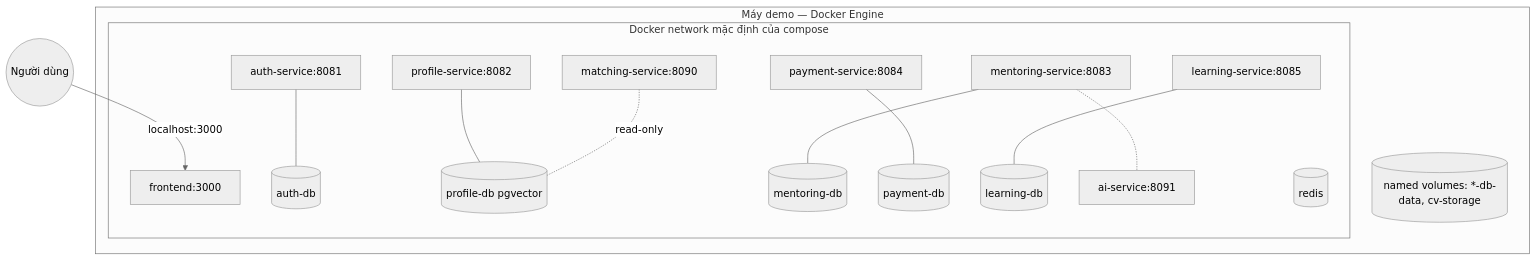
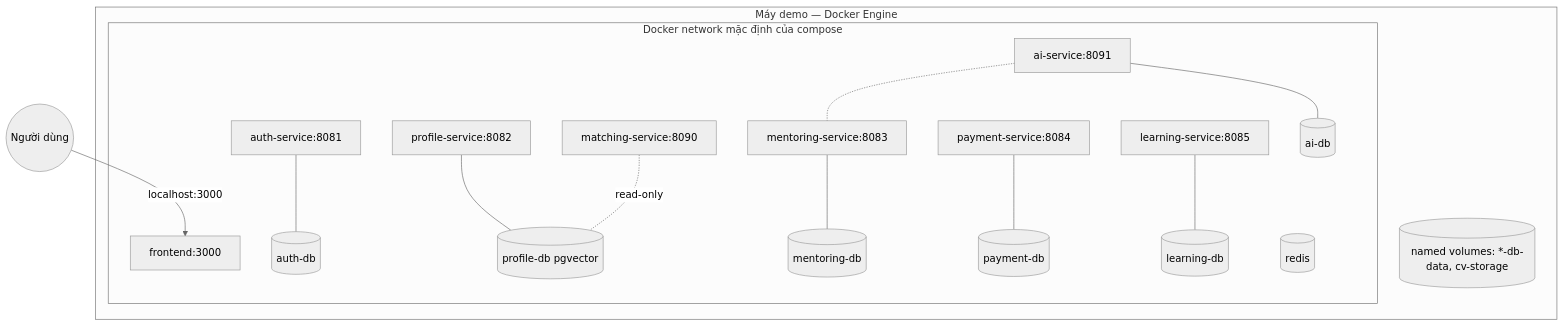
The fourth of 4 diagrams in docs/architecture.md (quangpham10212004/do_an_2026), drawn with Mermaid (neutral theme) before and after one commit. The commit also changed other lines of this file and 84 other files, not shown here.

````diff
--- a/docs/architecture.md
+++ b/docs/architecture.md
@@ -242,19 +254,19 @@
 ```mermaid
 flowchart TB
     subgraph Host[Máy demo — Docker Engine]
       subgraph net[Docker network mặc định của compose]
         fe[frontend:3000]
         a[auth-service:8081] --- adb[(auth-db)]
         p[profile-service:8082] --- pdb[(profile-db pgvector)]
         m[mentoring-service:8083] --- mdb[(mentoring-db)]
         pay[payment-service:8084] --- paydb[(payment-db)]
         l[learning-service:8085] --- ldb[(learning-db)]
         mt[matching-service:8090] -.read-only.- pdb
-        ai[ai-service:8091]
-        m -.- ai
+        ai[ai-service:8091] --- aidb[(ai-db)]
+        ai -.- m
         r[(redis)]
       end
       vols[(named volumes: *-db-data, cv-storage)]
     end
     user((Người dùng)) -->|localhost:3000| fe
 ```
````
